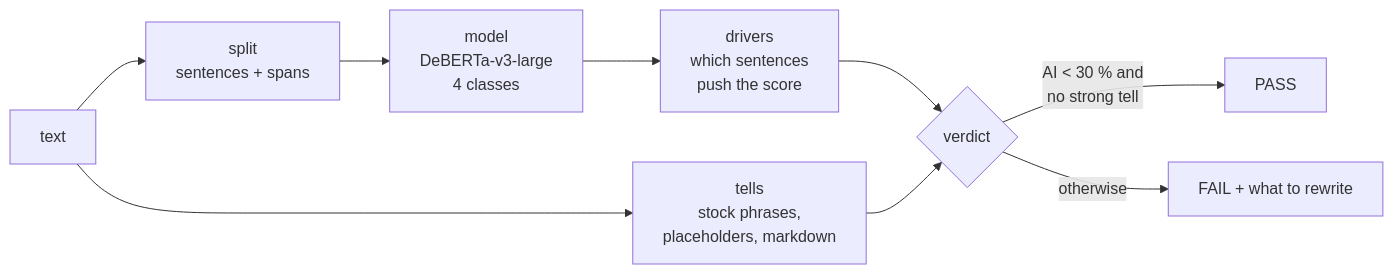
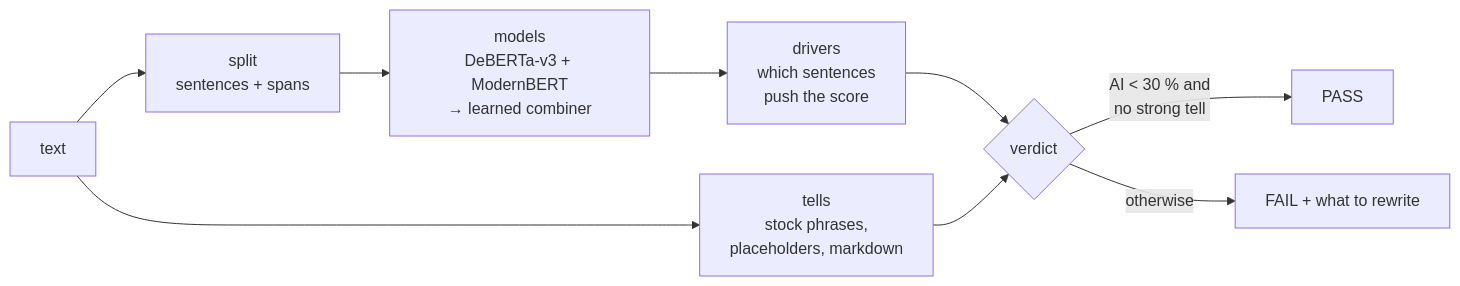
The diagram in README.md (AdityaBaranwal1/local-ai-detector), drawn with Mermaid before and after one commit. The commit also changed other lines of this file and 23 other files, not shown here.

First line of the commit message:
v6 + combiner at ZeroGPT parity; README/docs refresh; open-model data builders

````diff
--- a/README.md
+++ b/README.md
@@ -57,11 +65,11 @@
 ```mermaid
 flowchart LR
     T[text] --> S1[split<br/>sentences + spans]
-    S1 --> M[model<br/>DeBERTa-v3-large<br/>4 classes]
+    S1 --> M[models<br/>DeBERTa-v3 + ModernBERT<br/>→ learned combiner]
     M --> D[drivers<br/>which sentences<br/>push the score]
     T --> TL[tells<br/>stock phrases,<br/>placeholders, markdown]
     D --> V{verdict}
     TL --> V
     V -->|"AI < 30 % and<br/>no strong tell"| P[PASS]
     V -->|otherwise| F[FAIL + what to rewrite]
 ```
````
